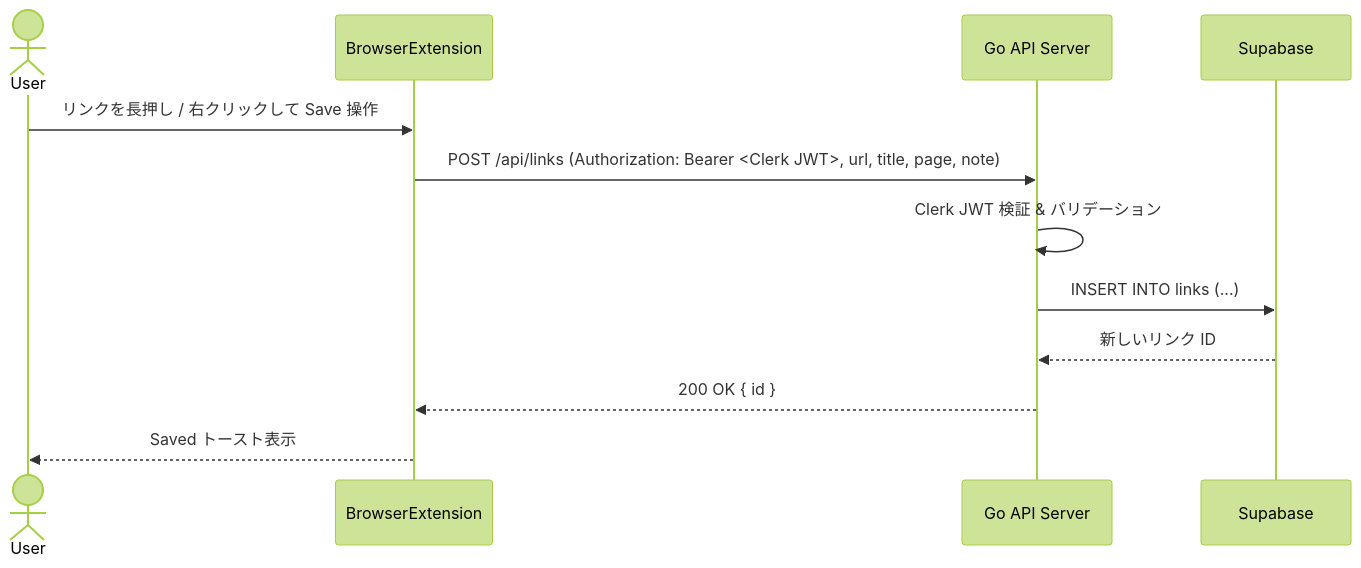
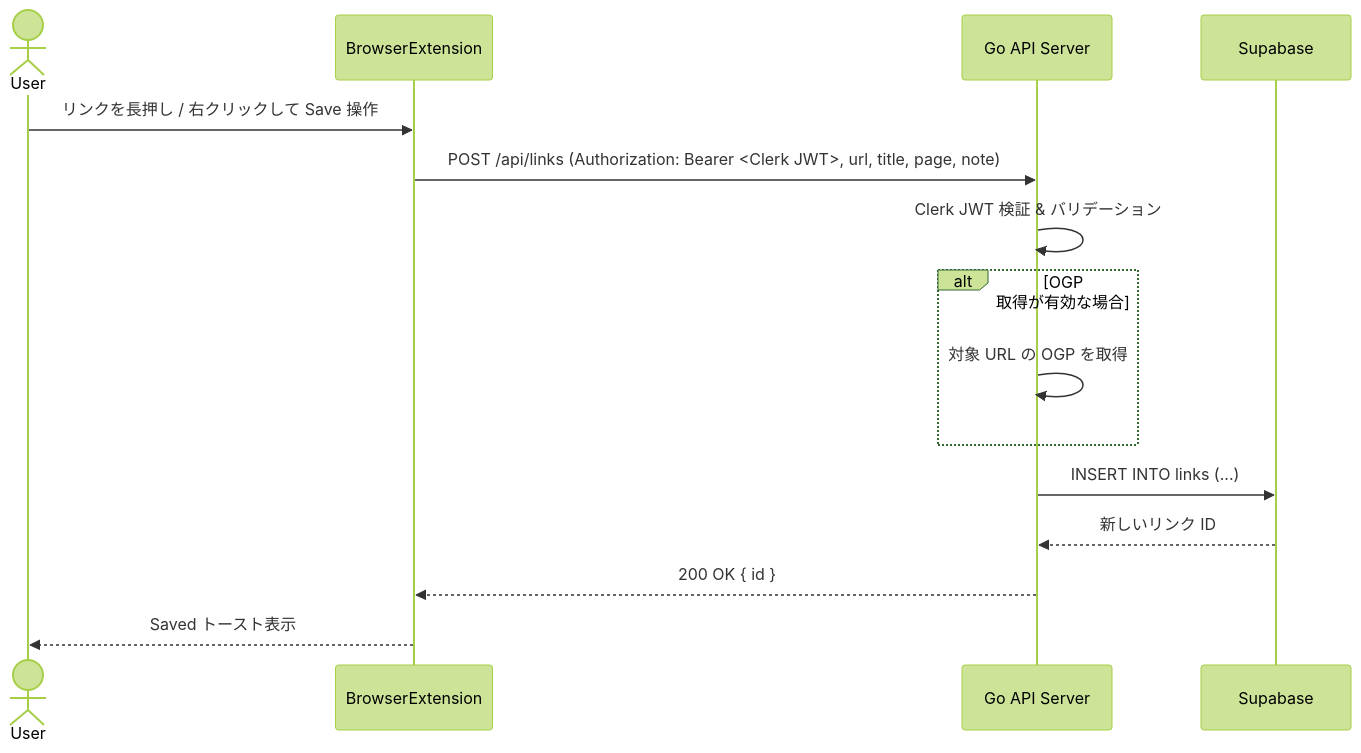
The third of 5 diagrams in documents/architecture.md (lvncer/clipgest), drawn with Mermaid (forest theme) before and after one commit. The commit also changed other lines of this file, not shown here.

First line of the commit message:
docs: refine architecture documentation and enhance OGP handling

````diff
--- a/documents/architecture.md
+++ b/documents/architecture.md
@@ -116,15 +111,18 @@
 ```mermaid
 sequenceDiagram
 actor User as User
 participant Ext as BrowserExtension
 participant API as Go API Server
 participant DB as Supabase
 
 User->>Ext: リンクを長押し / 右クリックして Save 操作
 Ext->>API: POST /api/links (Authorization: Bearer <Clerk JWT>, url, title, page, note)
 API->>API: Clerk JWT 検証 & バリデーション
+alt OGP 取得が有効な場合
+  API->>API: 対象 URL の OGP を取得
+end
 API->>DB: INSERT INTO links (...)
 DB-->>API: 新しいリンク ID
 API-->>Ext: 200 OK { id }
 Ext-->>User: Saved トースト表示
 ```
````
